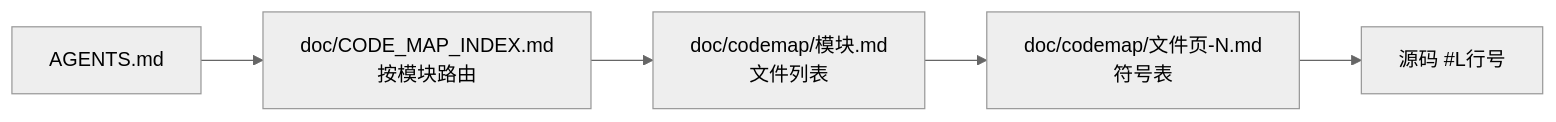
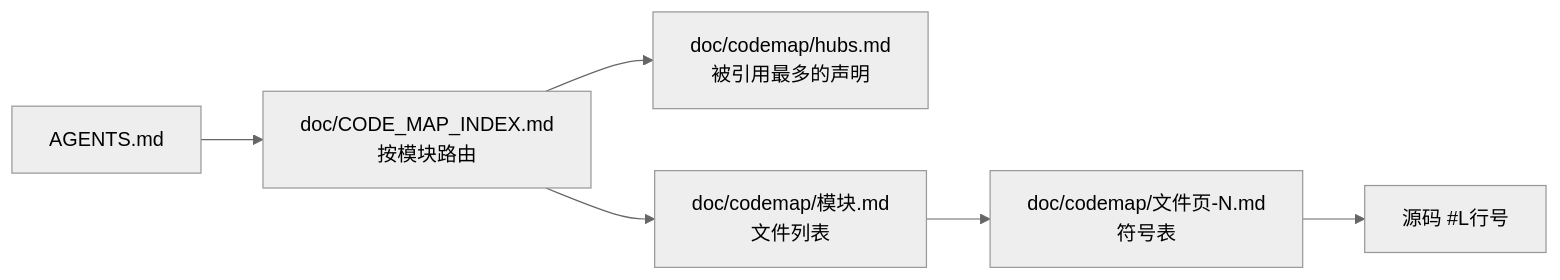
Before and after one commit to flylink-code/magpie-doc: the diagram in codemap-guide.md, drawn with Mermaid (neutral theme). The commit also changed other lines of this file and 1079 other files, not shown here.

````diff
--- a/codemap-guide.md
+++ b/codemap-guide.md
@@ -14,7 +14,8 @@
 ```mermaid
 flowchart LR
     A[AGENTS.md] --> B[doc/CODE_MAP_INDEX.md<br/>按模块路由]
+    B --> H[doc/codemap/hubs.md<br/>被引用最多的声明]
     B --> C[doc/codemap/模块.md<br/>文件列表]
     C --> D[doc/codemap/文件页-N.md<br/>符号表]
     D --> E[源码 #L行号]
 ```
````
